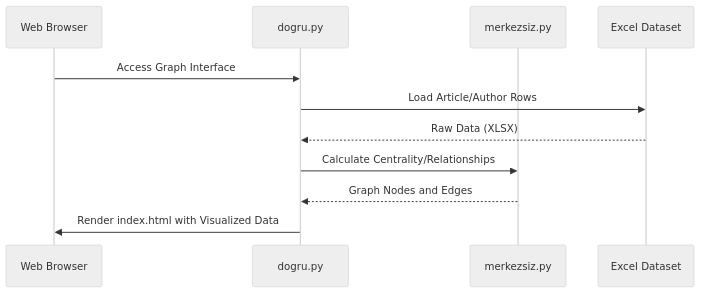
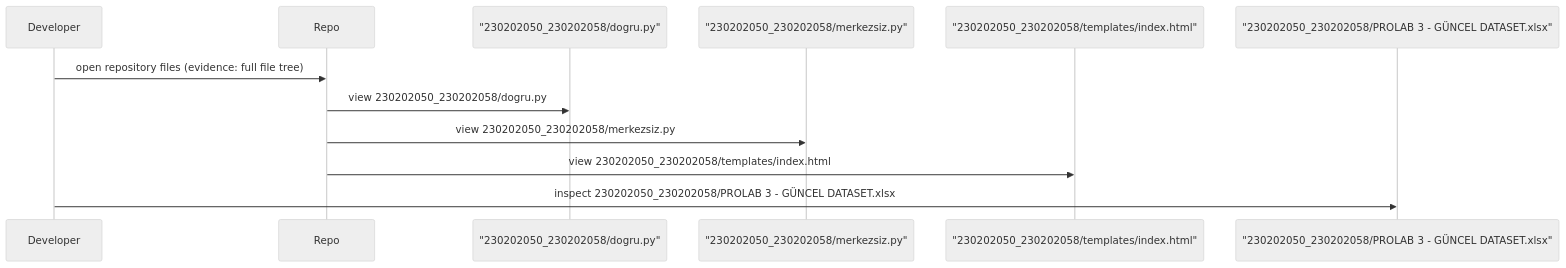
One commit to YusuffBulbul/Python-Makale-Yazar-liskisi-Graf changed the second of 2 diagrams in README_ARCH.md. Above: the diagram before and after it, drawn with Mermaid (neutral theme). The commit also changed other lines of this file, not shown here.

Commit message:
docs: update architecture blueprint and code review (2026-09-07)

````diff
--- a/README_ARCH.md
+++ b/README_ARCH.md
@@ -50,15 +45,16 @@
 ```mermaid
 sequenceDiagram
-    participant User as Web Browser
-    participant App as dogru.py
-    participant Engine as merkezsiz.py
-    participant Data as Excel Dataset
+participant Developer
+participant Repo
+participant Dogru as "230202050_230202058/dogru.py"
+participant Merkezsiz as "230202050_230202058/merkezsiz.py"
+participant Template as "230202050_230202058/templates/index.html"
+participant Dataset as "230202050_230202058/PROLAB 3 - GÜNCEL DATASET.xlsx"
 
-    User->>App: Access Graph Interface
-    App->>Data: Load Article/Author Rows
-    Data-->>App: Raw Data (XLSX)
-    App->>Engine: Calculate Centrality/Relationships
-    Engine-->>App: Graph Nodes and Edges
-    App->>User: Render index.html with Visualized Data
+Developer ->> Repo: open repository files (evidence: full file tree)
+Repo ->> Dogru: view 230202050_230202058/dogru.py
+Repo ->> Merkezsiz: view 230202050_230202058/merkezsiz.py
+Repo ->> Template: view 230202050_230202058/templates/index.html
+Developer ->> Dataset: inspect 230202050_230202058/PROLAB 3 - GÜNCEL DATASET.xlsx
 
 ```
````
